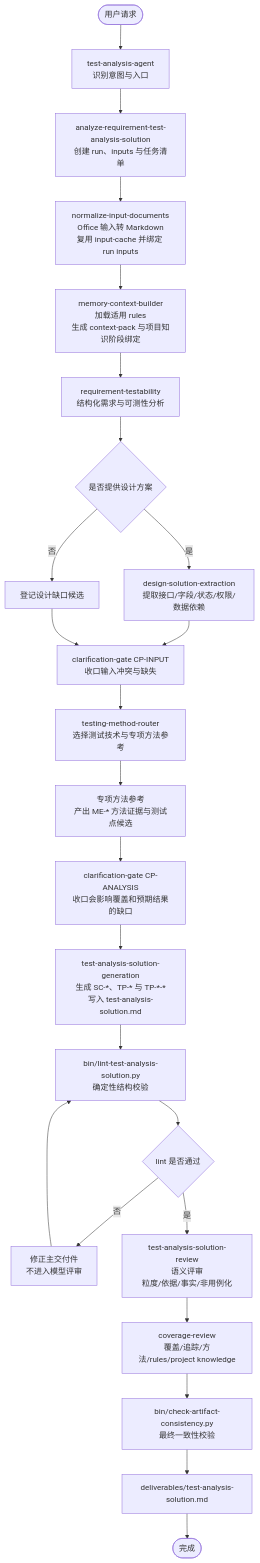
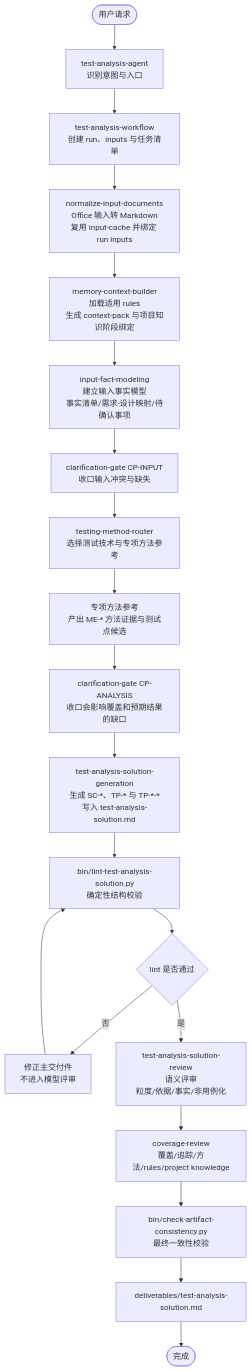
One commit to szluoqy-byte/Test-Analysis-Agent-MM changed the second of 2 diagrams in docs/test-analysis-agent-design.md. Above: the diagram before and after it, drawn with Mermaid. The commit also changed other lines of this file and 111 other files, not shown here.

Commit message:
refactor test analysis workflow skills

````diff
--- a/docs/test-analysis-agent-design.md
+++ b/docs/test-analysis-agent-design.md
@@ -109,27 +109,23 @@
 ```mermaid
 flowchart TD
   start([用户请求])
   start --> agent[test-analysis-agent<br/>识别意图与入口]
-  agent --> main["analyze-requirement-test-analysis-solution<br/>创建 run、inputs 与任务清单"]
+  agent --> main["test-analysis-workflow<br/>创建 run、inputs 与任务清单"]
   main --> normalize["normalize-input-documents<br/>Office 输入转 Markdown<br/>复用 input-cache 并绑定 run inputs"]
   normalize --> ctx["memory-context-builder<br/>加载适用 rules<br/>生成 context-pack 与项目知识阶段绑定"]
-  ctx --> req[requirement-testability<br/>结构化需求与可测性分析]
-  req --> hasDesign{是否提供设计方案}
-  hasDesign -- 是 --> design[design-solution-extraction<br/>提取接口/字段/状态/权限/数据依赖]
-  hasDesign -- 否 --> designGap[登记设计缺口候选]
-  design --> cpInput[clarification-gate CP-INPUT<br/>收口输入冲突与缺失]
-  designGap --> cpInput
+  ctx --> facts[input-fact-modeling<br/>建立输入事实模型<br/>事实清单/需求-设计映射/待确认事项]
+  facts --> cpInput[clarification-gate CP-INPUT<br/>收口输入冲突与缺失]
   cpInput --> route[testing-method-router<br/>选择测试技术与专项方法参考]
   route --> methods[专项方法参考<br/>产出 ME-* 方法证据与测试点候选]
   methods --> cpAnalysis[clarification-gate CP-ANALYSIS<br/>收口会影响覆盖和预期结果的缺口]
   cpAnalysis --> analysis[test-analysis-solution-generation<br/>生成 SC-*、TP-* 与 TP-*-*<br/>写入 test-analysis-solution.md]
   analysis --> lint[bin/lint-test-analysis-solution.py<br/>确定性结构校验]
   lint --> lintDecision{lint 是否通过}
   lintDecision -- 否 --> fix[修正主交付件<br/>不进入模型评审]
   fix --> lint
   lintDecision -- 是 --> review[test-analysis-solution-review<br/>语义评审<br/>粒度/依据/事实/非用例化]
   review --> coverage[coverage-review<br/>覆盖/追踪/方法/rules/project knowledge]
   coverage --> consistency[bin/check-artifact-consistency.py<br/>最终一致性校验]
   consistency --> output[deliverables/test-analysis-solution.md]
   output --> finish([完成])
 ```
````
